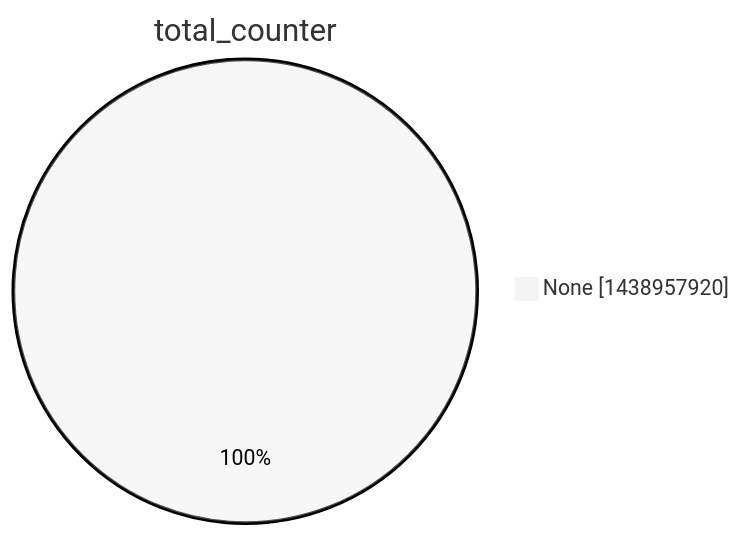
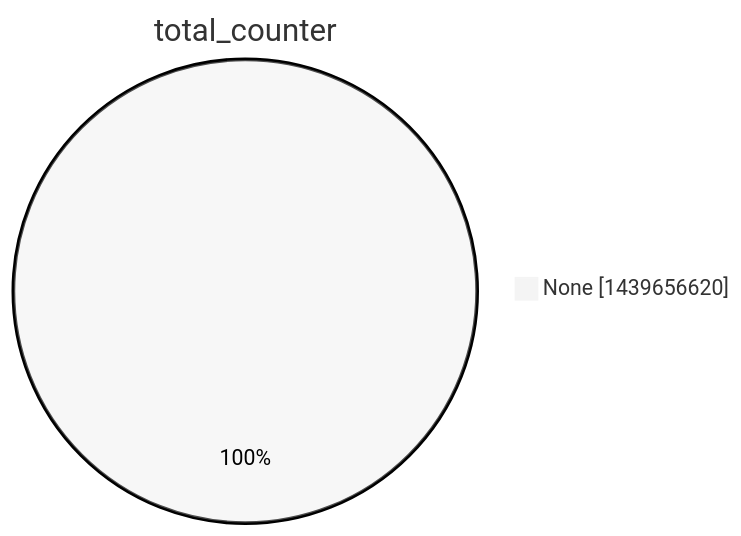
Before and after one commit to christiankrug/ctmonitor_visualization: the second of 15 diagrams in argon2022/README.md, drawn with Mermaid (neutral theme). The commit also changed other lines of this file, not shown here.

````diff
--- a/argon2022/README.md
+++ b/argon2022/README.md
@@ -9,5 +9,5 @@
 ```mermaid
 pie showData
 title total_counter
-"None" :1438957920
+"None" :1439656620
 ```
````
